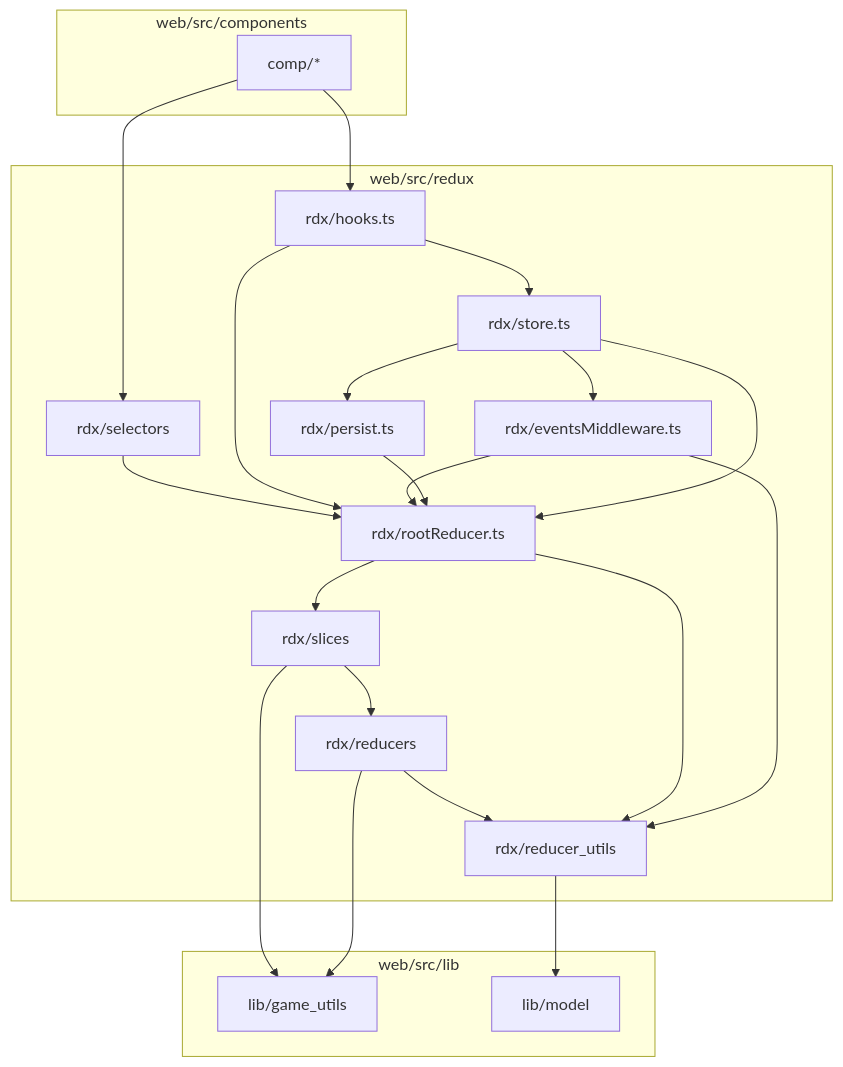
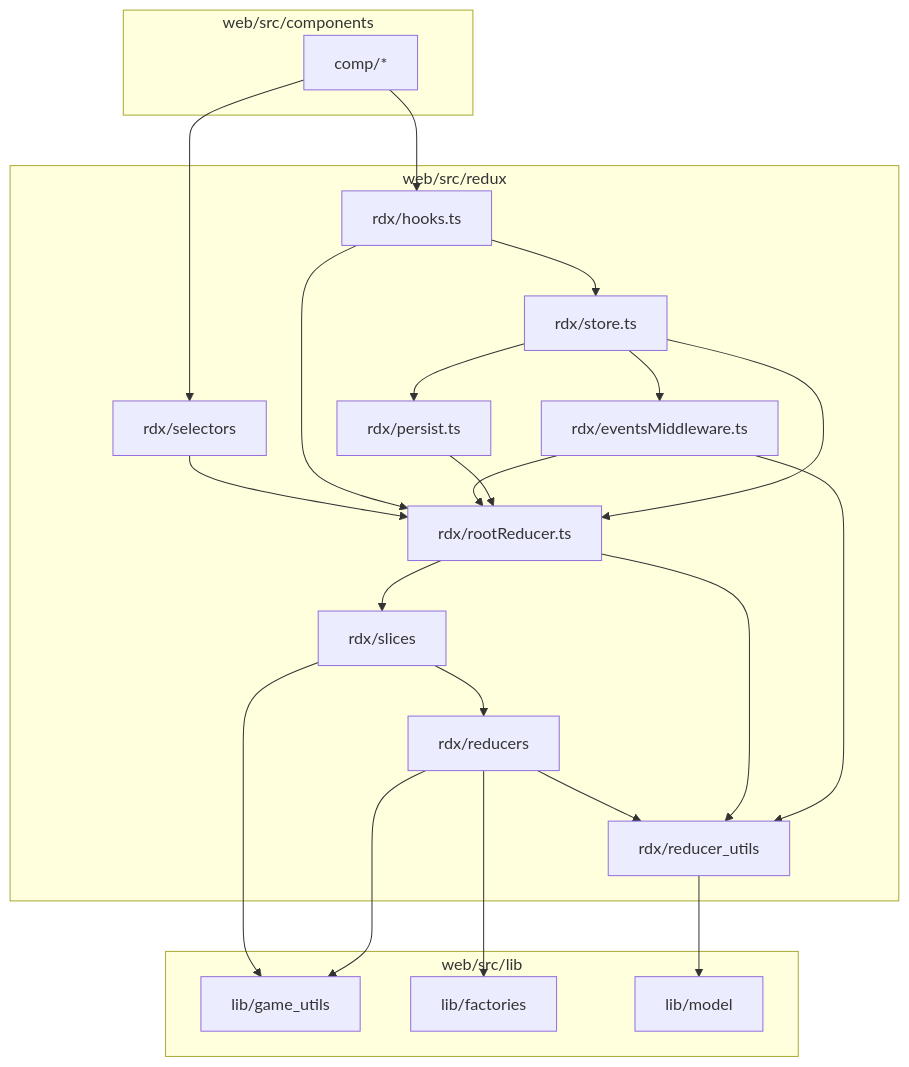
Before and after one commit to konrad-jamrozik/game-ts: the second of 3 diagrams in docs/design/about_code_dependencies.md, drawn with Mermaid. The commit also changed other lines of this file and 4 other files, not shown here.

````diff
--- a/docs/design/about_code_dependencies.md
+++ b/docs/design/about_code_dependencies.md
@@ -106,42 +114,44 @@
 ```mermaid
 graph TD
     subgraph "web/src/components"
         Comp[comp/*]
     end
 
     subgraph "web/src/redux"
         RdxStore[rdx/store.ts]
         RdxPers[rdx/persist.ts]
         RdxRedu[rdx/rootReducer.ts]
         RdxEvt[rdx/eventsMiddleware.ts]
         RdxRed[rdx/reducers]
         RdxRedUtils[rdx/reducer_utils]
         RdxSli[rdx/slices]
         RdxHook[rdx/hooks.ts]
         RdxSel[rdx/selectors]
     end
 
     subgraph "web/src/lib"
         LibGam[lib/game_utils]
+        LibFac[lib/factories]
         LibMod[lib/model]
     end
 
     Comp --> RdxHook
     Comp --> RdxSel
     RdxStore --> RdxRedu
     RdxStore --> RdxEvt
     RdxStore --> RdxPers
     RdxPers --> RdxRedu
     RdxEvt --> RdxRedu
     RdxEvt --> RdxRedUtils
     RdxRedu --> RdxSli
     RdxRedu --> RdxRedUtils
     RdxSli --> RdxRed
     RdxRed --> RdxRedUtils
     RdxRed --> LibGam
+    RdxRed --> LibFac
     RdxRedUtils --> LibMod
     RdxSli --> LibGam
     RdxHook --> RdxStore
     RdxHook --> RdxRedu
     RdxSel --> RdxRedu
 ```
````
